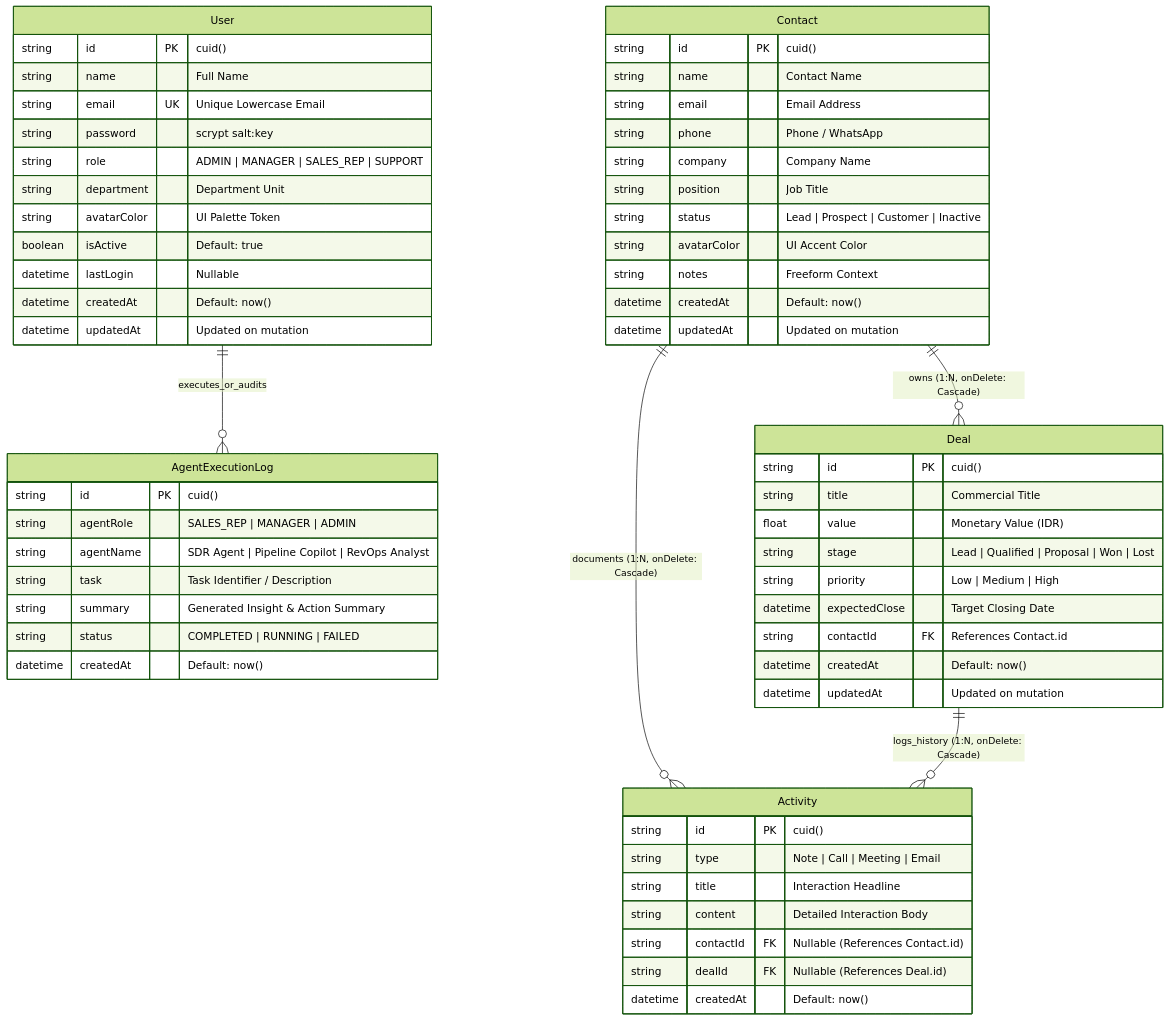
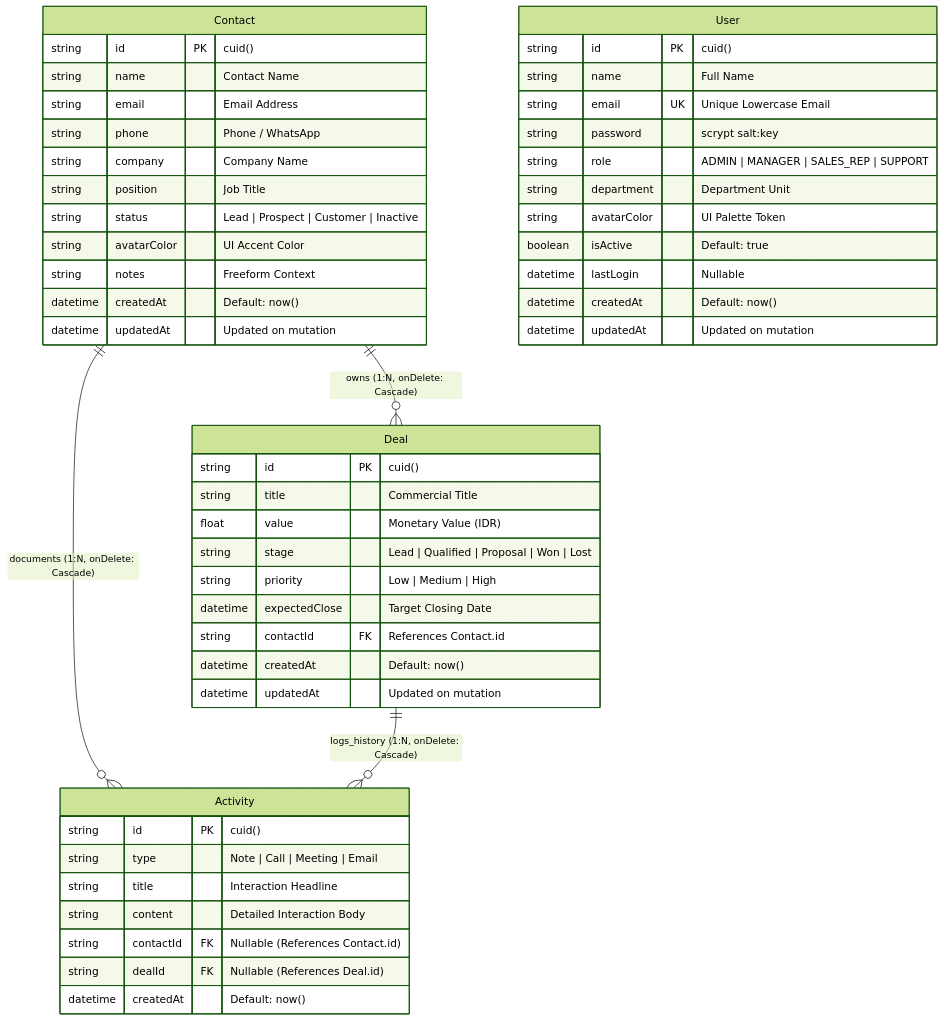
One commit to Luthfi2000/mini-crm-portfolio changed the second of 3 diagrams in ARCHITECTURE.md. Above: the diagram before and after it, drawn with Mermaid (forest theme). The commit also changed other lines of this file and 9 other files, not shown here.

Commit message:
refactor: remove in-app agent simulation and align architecture with production CRM specifications

````diff
--- a/ARCHITECTURE.md
+++ b/ARCHITECTURE.md
@@ -230,67 +220,56 @@
 ```mermaid
 erDiagram
-    User ||--o{ AgentExecutionLog : "executes_or_audits"
     Contact ||--o{ Deal : "owns (1:N, onDelete: Cascade)"
     Contact ||--o{ Activity : "documents (1:N, onDelete: Cascade)"
     Deal ||--o{ Activity : "logs_history (1:N, onDelete: Cascade)"
 
     User {
         string id PK "cuid()"
         string name "Full Name"
         string email UK "Unique Lowercase Email"
         string password "scrypt salt:key"
         string role "ADMIN | MANAGER | SALES_REP | SUPPORT"
         string department "Department Unit"
         string avatarColor "UI Palette Token"
         boolean isActive "Default: true"
         datetime lastLogin "Nullable"
         datetime createdAt "Default: now()"
         datetime updatedAt "Updated on mutation"
     }
 
     Contact {
         string id PK "cuid()"
         string name "Contact Name"
         string email "Email Address"
         string phone "Phone / WhatsApp"
         string company "Company Name"
         string position "Job Title"
         string status "Lead | Prospect | Customer | Inactive"
         string avatarColor "UI Accent Color"
         string notes "Freeform Context"
         datetime createdAt "Default: now()"
         datetime updatedAt "Updated on mutation"
     }
 
     Deal {
         string id PK "cuid()"
         string title "Commercial Title"
         float value "Monetary Value (IDR)"
         string stage "Lead | Qualified | Proposal | Won | Lost"
         string priority "Low | Medium | High"
         datetime expectedClose "Target Closing Date"
         string contactId FK "References Contact.id"
         datetime createdAt "Default: now()"
         datetime updatedAt "Updated on mutation"
     }
 
     Activity {
         string id PK "cuid()"
         string type "Note | Call | Meeting | Email"
         string title "Interaction Headline"
         string content "Detailed Interaction Body"
         string contactId FK "Nullable (References Contact.id)"
         string dealId FK "Nullable (References Deal.id)"
         datetime createdAt "Default: now()"
     }
-
-    AgentExecutionLog {
-        string id PK "cuid()"
-        string agentRole "SALES_REP | MANAGER | ADMIN"
-        string agentName "SDR Agent | Pipeline Copilot | RevOps Analyst"
-        string task "Task Identifier / Description"
-        string summary "Generated Insight & Action Summary"
-        string status "COMPLETED | RUNNING | FAILED"
-        datetime createdAt "Default: now()"
-    }
 ```
````
